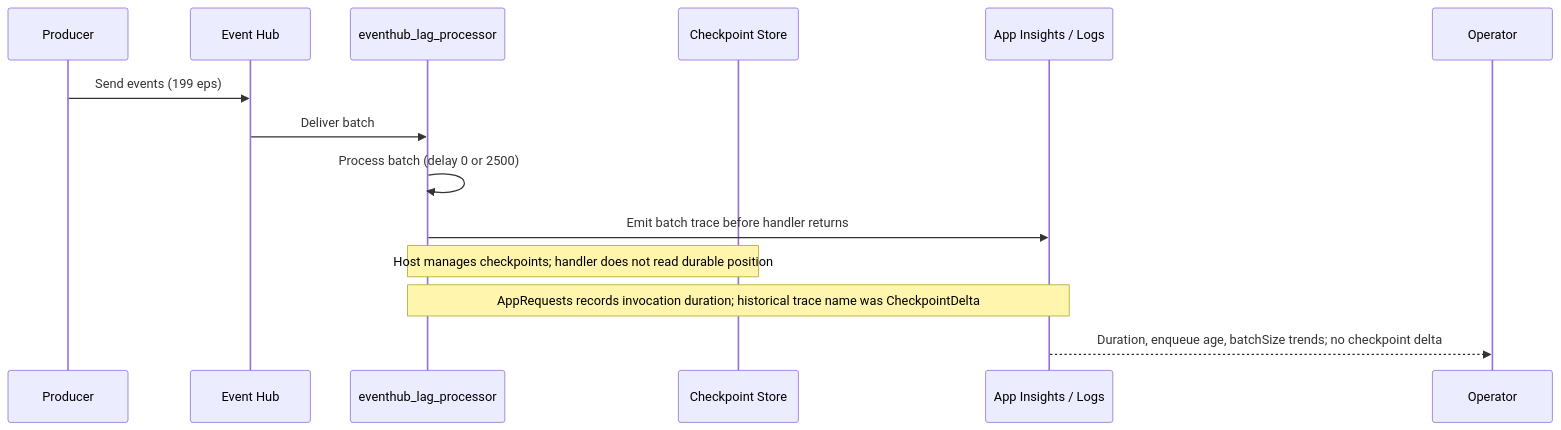
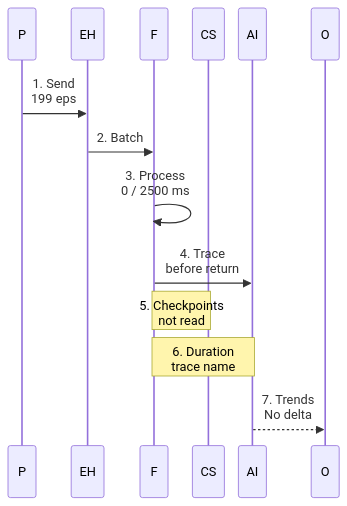
One commit to yeongseon/azure-functions-practical-guide changed the second of 5 diagrams in docs/troubleshooting/lab-guides/event-hub-checkpoint-lag.md. Above: the diagram before and after it, drawn with Mermaid. The commit also changed other lines of this file and 1 other file, not shown here.

First line of the commit message:
docs(diagrams): migrate Functions lab messaging and triggers — event hub checkpoint lag (#435)

````diff
--- a/docs/troubleshooting/lab-guides/event-hub-checkpoint-lag.md
+++ b/docs/troubleshooting/lab-guides/event-hub-checkpoint-lag.md
@@ -141,16 +145,20 @@
 ```mermaid
+%%{init: {'sequence': {'actorMargin': 5, 'width': 35, 'diagramMarginX': 5, 'messageMargin': 25, 'noteMargin': 5}}}%%
 sequenceDiagram
-    participant Prod as Producer
-    participant EH as Event Hub
-    participant Func as eventhub_lag_processor
-    participant Store as Checkpoint Store
-    participant AI as App Insights / Logs
+    accTitle: Processing-delay telemetry reading order
+    accDescr: Logical send, batch, processing, trace and operator-reading sequence for the retained lab. Participant and message keys are expanded below; no checkpoint write or checkpoint measurement is depicted.
+    participant Prod as P
+    participant EH as EH
+    participant Func as F
+    participant Store as CS
+    participant AI as AI
+    participant Operator as O
 
-    Prod->>EH: Send events (199 eps)
-    EH->>Func: Deliver batch
-    Func->>Func: Process batch (delay 0 or 2500)
-    Func->>AI: Emit batch trace before handler returns
-    Note over Func,Store: Host manages checkpoints#59; handler does not read durable position
-    Note over Func,AI: AppRequests records invocation duration#59; historical trace name was CheckpointDelta
-    AI-->>Operator: Duration, enqueue age, batchSize trends#59; no checkpoint delta
+    Prod->>EH: 1. Send<br/>199 eps
+    EH->>Func: 2. Batch
+    Func->>Func: 3. Process<br/>0 / 2500 ms
+    Func->>AI: 4. Trace<br/>before return
+    Note over Func,Store: 5. Checkpoints<br/>not read
+    Note over Func,AI: 6. Duration<br/>trace name
+    AI-->>Operator: 7. Trends<br/>No delta
 ```
````
